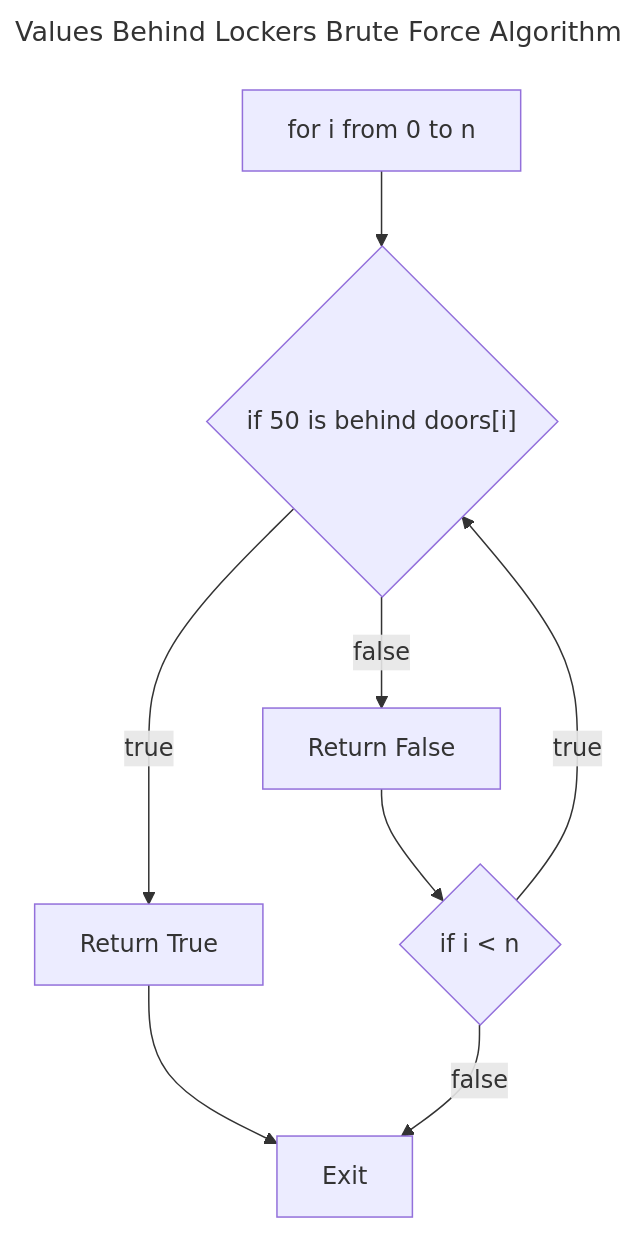
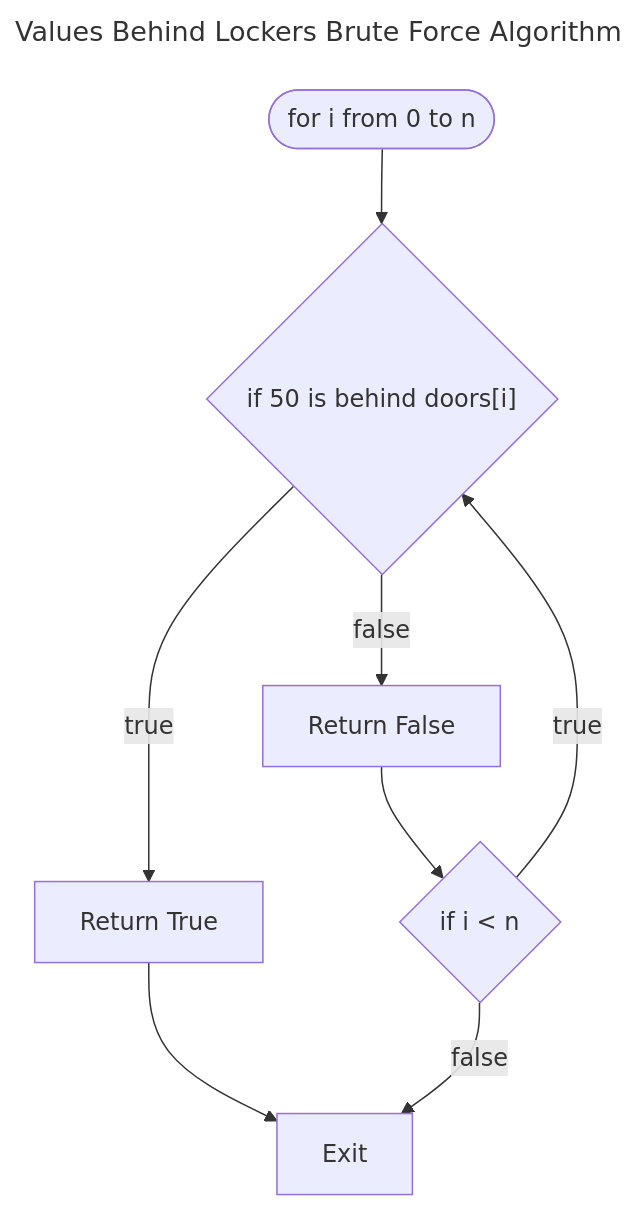
Before and after one commit to maclong9/harvard-compsci: the second of 5 diagrams in CS50/03-Algorithms/README.md, drawn with Mermaid. The commit also changed other lines of this file, not shown here.

Commit message:
feat: added flowcharts for algos

````diff
--- a/CS50/03-Algorithms/README.md
+++ b/CS50/03-Algorithms/README.md
@@ -17,13 +17,13 @@
 ``` mermaid
 ---
 title: Values Behind Lockers Brute Force Algorithm
 ---
 
 flowchart TD
-    1["for i from 0 to n"] -->
+    1(["for i from 0 to n"]) -->
     2{"if 50 is behind doors[i]"}
     2 --> |true| 3["Return True"] --> 6
     2 --> |false| 4["Return False"] --> 5{"if i < n"}
     5 --> |true| 2
     5 --> |false| 6["Exit"]
 ```
````
